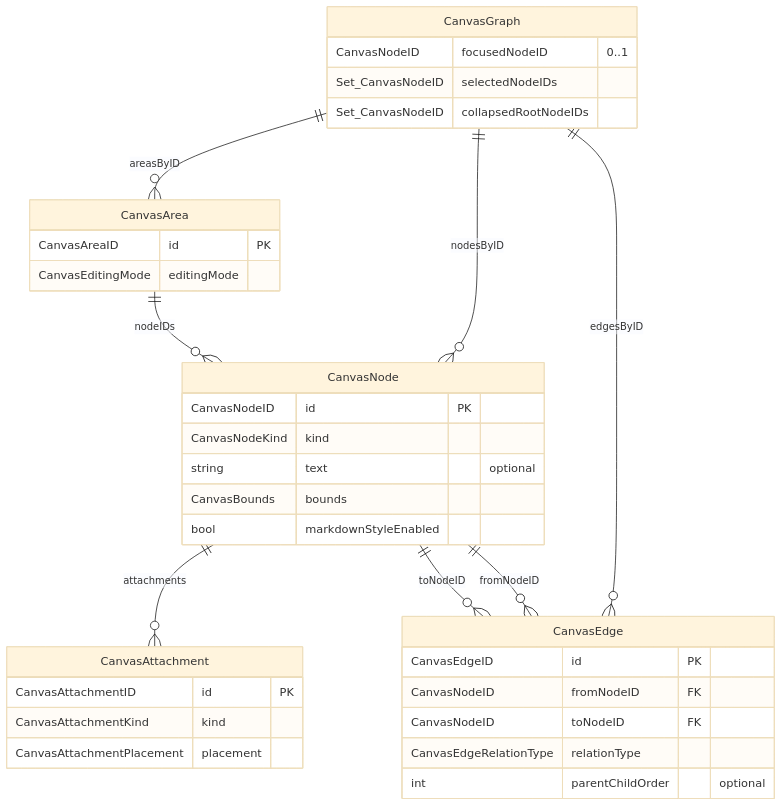
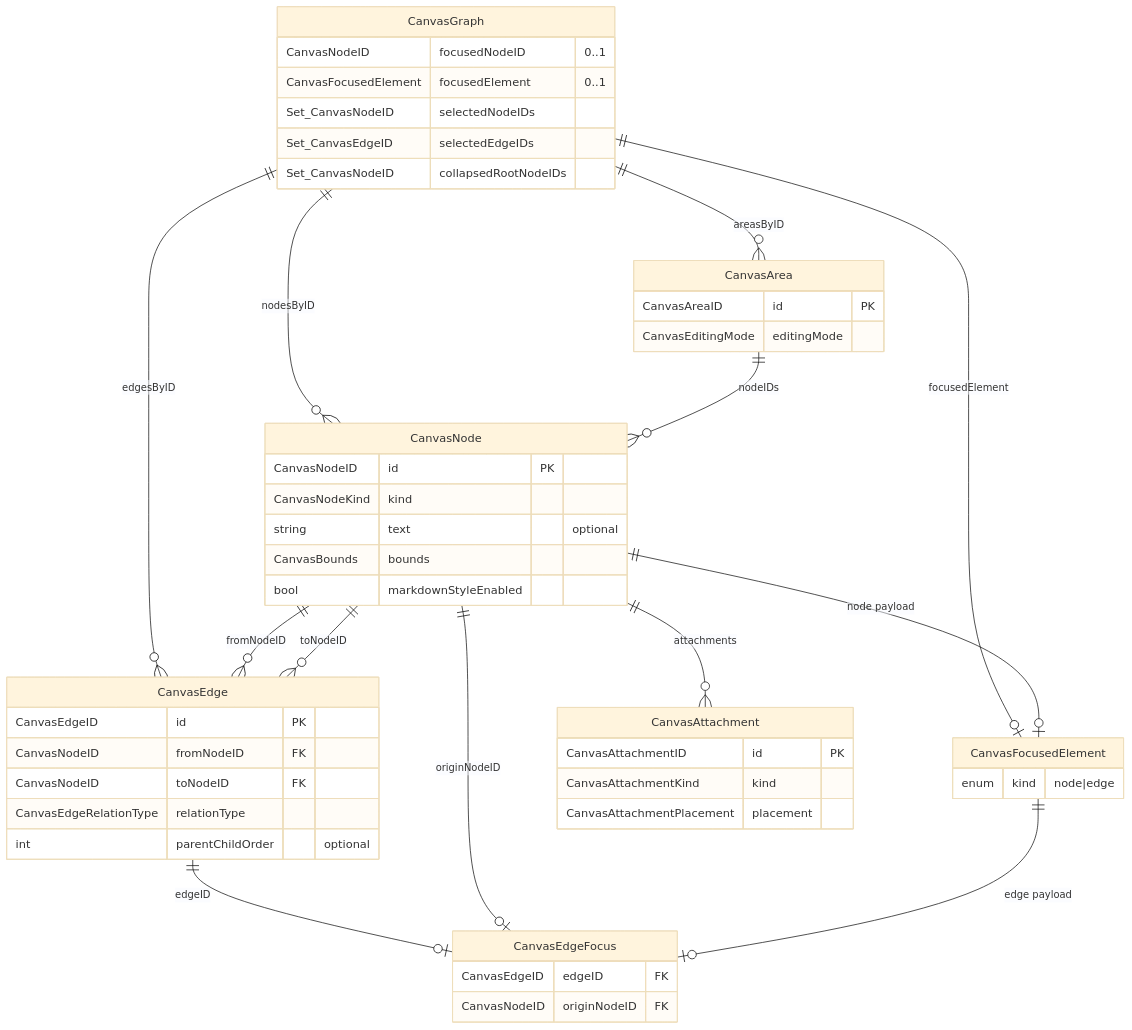
Before and after one commit to kazuhideoki/hotkey-canvas: the first of 2 diagrams in docs/domain-er.md, drawn with Mermaid (base theme). The commit also changed other lines of this file and 1 other file, not shown here.

````diff
--- a/docs/domain-er.md
+++ b/docs/domain-er.md
@@ -16,46 +16,62 @@
 ```mermaid
 erDiagram
     CanvasGraph ||--o{ CanvasNode : "nodesByID"
     CanvasGraph ||--o{ CanvasEdge : "edgesByID"
     CanvasGraph ||--o{ CanvasArea : "areasByID"
+    CanvasGraph ||--o| CanvasFocusedElement : "focusedElement"
 
     CanvasNode ||--o{ CanvasAttachment : "attachments"
 
     CanvasNode ||--o{ CanvasEdge : "fromNodeID"
     CanvasNode ||--o{ CanvasEdge : "toNodeID"
+    CanvasNode ||--o| CanvasFocusedElement : "node payload"
+    CanvasEdge ||--o| CanvasEdgeFocus : "edgeID"
+    CanvasNode ||--o| CanvasEdgeFocus : "originNodeID"
+    CanvasFocusedElement ||--o| CanvasEdgeFocus : "edge payload"
 
     CanvasArea ||--o{ CanvasNode : "nodeIDs"
 
     CanvasGraph {
         CanvasNodeID focusedNodeID "0..1"
+        CanvasFocusedElement focusedElement "0..1"
         Set_CanvasNodeID selectedNodeIDs
+        Set_CanvasEdgeID selectedEdgeIDs
         Set_CanvasNodeID collapsedRootNodeIDs
     }
 
     CanvasNode {
         CanvasNodeID id PK
         CanvasNodeKind kind
         string text "optional"
         CanvasBounds bounds
         bool markdownStyleEnabled
     }
 
     CanvasAttachment {
         CanvasAttachmentID id PK
         CanvasAttachmentKind kind
         CanvasAttachmentPlacement placement
     }
 
     CanvasEdge {
         CanvasEdgeID id PK
         CanvasNodeID fromNodeID FK
         CanvasNodeID toNodeID FK
         CanvasEdgeRelationType relationType
         int parentChildOrder "optional"
     }
 
+    CanvasFocusedElement {
+        enum kind "node|edge"
+    }
+
+    CanvasEdgeFocus {
+        CanvasEdgeID edgeID FK
+        CanvasNodeID originNodeID FK
+    }
+
     CanvasArea {
         CanvasAreaID id PK
         CanvasEditingMode editingMode
     }
 ```
````
